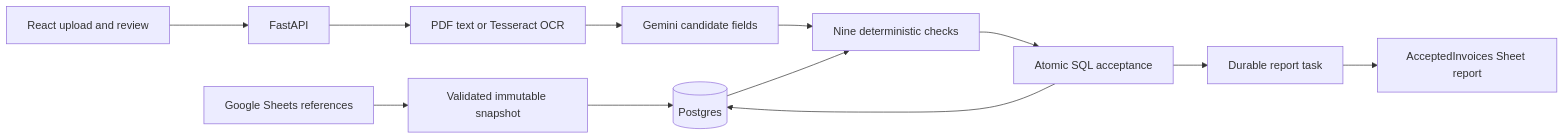
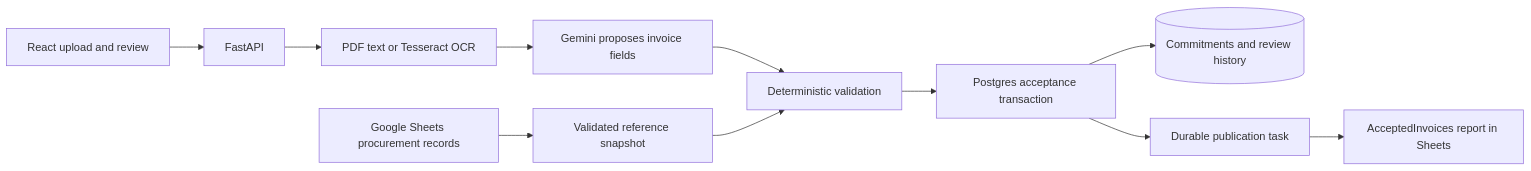
The diagram in README.md (ajithreddy1234/Invoice-Exception-Review-and-Approval-Workflow), drawn with Mermaid before and after one commit. The commit also changed other lines of this file and 2 other files, not shown here.

Commit message:
Guide reviewers through the hosted invoice demo [skip render]

````diff
--- a/README.md
+++ b/README.md
@@ -79,14 +51,13 @@
 ```mermaid
 flowchart LR
-    Sheets[Google Sheets references] --> Import[Validated immutable snapshot]
-    Import --> DB[(Postgres)]
-    UI[React upload and review] --> API[FastAPI]
+    User[React upload and review] --> API[FastAPI]
     API --> Read[PDF text or Tesseract OCR]
-    Read --> Model[Gemini candidate fields]
-    Model --> Rules[Nine deterministic checks]
-    DB --> Rules
-    Rules --> Commit[Atomic SQL acceptance]
-    Commit --> DB
-    Commit --> Outbox[Durable report task]
-    Outbox --> Report[AcceptedInvoices Sheet report]
+    Read --> Gemini[Gemini proposes invoice fields]
+    Gemini --> Rules[Deterministic validation]
+    Sheets[Google Sheets procurement records] --> Import[Validated reference snapshot]
+    Import --> Rules
+    Rules --> Commit[Postgres acceptance transaction]
+    Commit --> Ledger[(Commitments and review history)]
+    Commit --> Task[Durable publication task]
+    Task --> Report[AcceptedInvoices report in Sheets]
 ```
````
